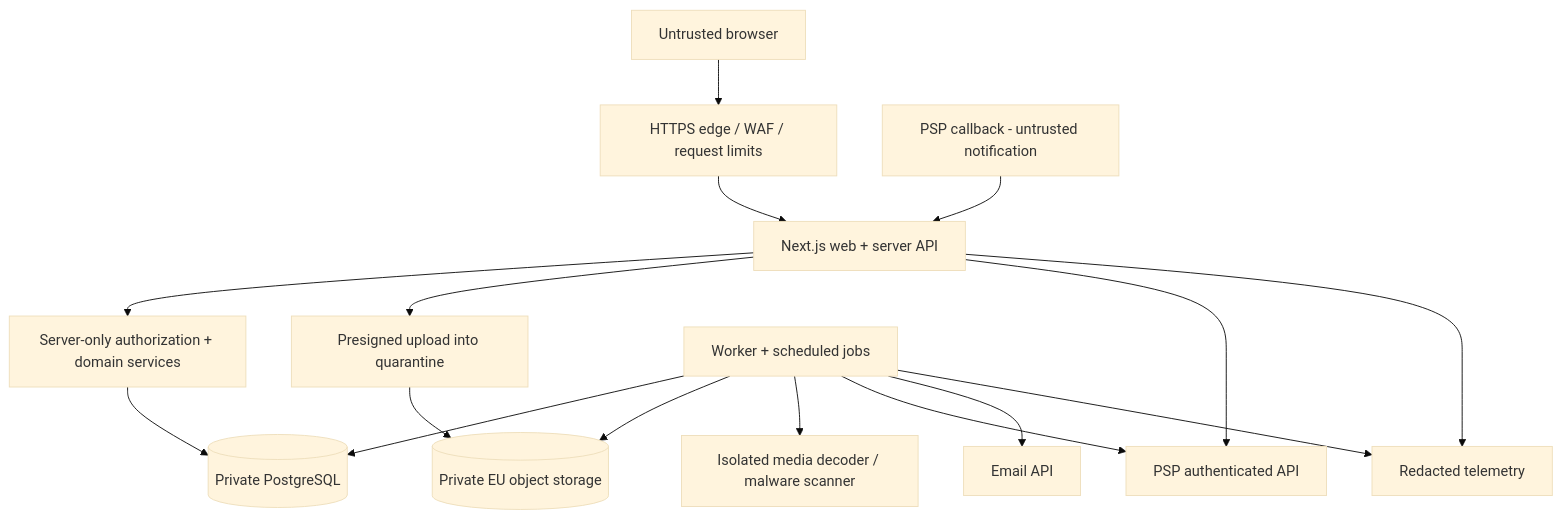
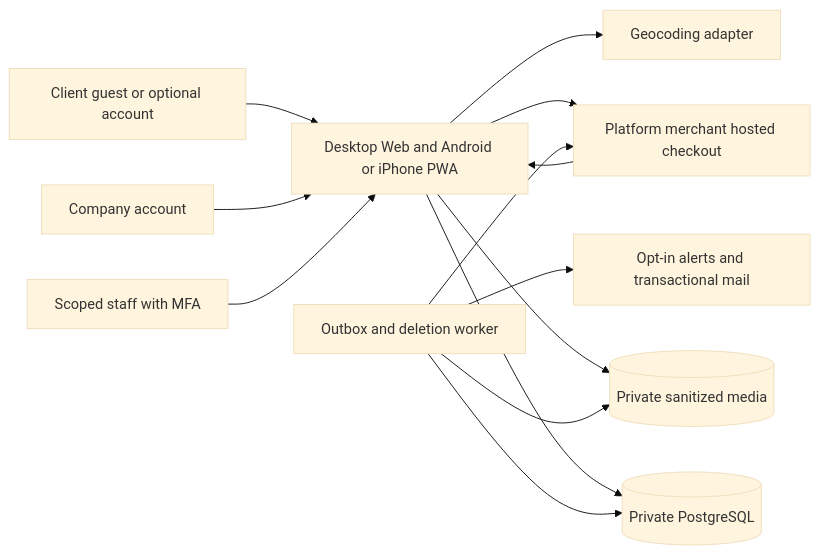
One commit to jianfjin/work-platform changed the diagram in doc/04-architecture.md. Above: the diagram before and after it, drawn with Mermaid (base theme). The commit also changed other lines of this file and 18 other files, not shown here.

````diff
--- a/doc/04-architecture.md
+++ b/doc/04-architecture.md
@@ -29,18 +7,15 @@
 ```mermaid
-flowchart TB
-    Browser[Untrusted browser] --> Edge[HTTPS edge / WAF / request limits]
-    Edge --> Web[Next.js web + server API]
-    PSP[PSP callback - untrusted notification] --> Web
-    Web --> DAL[Server-only authorization + domain services]
-    DAL --> DB[(Private PostgreSQL)]
-    Web --> Upload[Presigned upload into quarantine]
-    Upload --> Objects[(Private EU object storage)]
-    Worker[Worker + scheduled jobs] --> DB
-    Worker --> Objects
-    Worker --> Scanner[Isolated media decoder / malware scanner]
-    Worker --> PSPAPI[PSP authenticated API]
-    Web --> PSPAPI
-    Worker --> Mail[Email API]
-    Web --> Logs[Redacted telemetry]
-    Worker --> Logs
+flowchart LR
+    Guest[Client guest or optional account] --> Web[Desktop Web and Android or iPhone PWA]
+    Firm[Company account] --> Web
+    Staff[Scoped staff with MFA] --> Web
+    Web --> DB[(Private PostgreSQL)]
+    Web --> Media[(Private sanitized media)]
+    Web --> PSP[Platform merchant hosted checkout]
+    PSP --> Web
+    Worker[Outbox and deletion worker] --> DB
+    Worker --> Media
+    Worker --> PSP
+    Worker --> Mail[Opt-in alerts and transactional mail]
+    Web --> Geo[Geocoding adapter]
 ```
````
